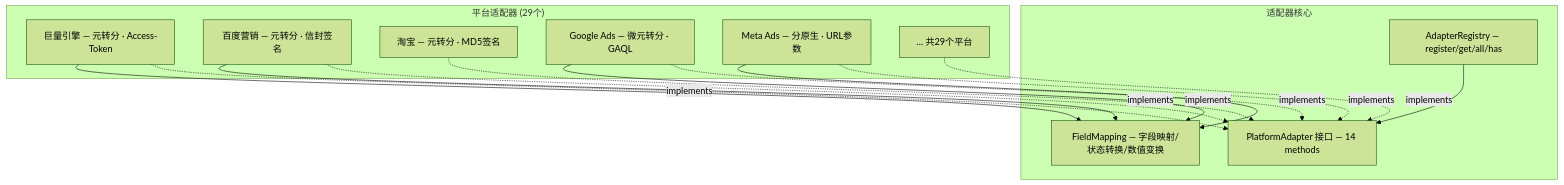
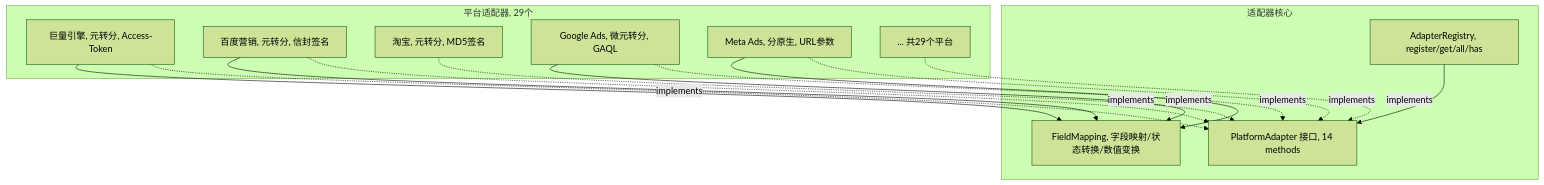
The sixth of 8 diagrams in docs/superpowers/specs/2026-05-14-ads-platform-design.md (erikwang2013/ads-php), drawn with Mermaid (forest theme) before and after one commit. The commit also changed other lines of this file and 1 other file, not shown here.

First line of the commit message:
fix: remove all special chars from Mermaid labels for GitHub rendering

````diff
--- a/docs/superpowers/specs/2026-05-14-ads-platform-design.md
+++ b/docs/superpowers/specs/2026-05-14-ads-platform-design.md
@@ -783,29 +783,29 @@
 ```mermaid
 flowchart TB
     subgraph Core["适配器核心"]
-        Interface["PlatformAdapter 接口 — 14 methods"]
-        Registry["AdapterRegistry — register/get/all/has"]
-        Mapping["FieldMapping — 字段映射/状态转换/数值变换"]
+        Interface["PlatformAdapter 接口, 14 methods"]
+        Registry["AdapterRegistry, register/get/all/has"]
+        Mapping["FieldMapping, 字段映射/状态转换/数值变换"]
     end
 
-    subgraph Adapters["平台适配器 (29个)"]
-        Juliang["巨量引擎 — 元转分 · Access-Token"]
-        Baidu["百度营销 — 元转分 · 信封签名"]
-        Taobao["淘宝 — 元转分 · MD5签名"]
-        Google["Google Ads — 微元转分 · GAQL"]
-        Meta["Meta Ads — 分原生 · URL参数"]
+    subgraph Adapters["平台适配器, 29个"]
+        Juliang["巨量引擎, 元转分, Access-Token"]
+        Baidu["百度营销, 元转分, 信封签名"]
+        Taobao["淘宝, 元转分, MD5签名"]
+        Google["Google Ads, 微元转分, GAQL"]
+        Meta["Meta Ads, 分原生, URL参数"]
         More["... 共29个平台"]
     end
 
     Registry --> Interface
     Juliang -.->|implements| Interface
     Baidu -.->|implements| Interface
     Taobao -.->|implements| Interface
     Google -.->|implements| Interface
     Meta -.->|implements| Interface
     More -.->|implements| Interface
     Juliang --> Mapping
     Baidu --> Mapping
     Google --> Mapping
     Meta --> Mapping
 ```
````
